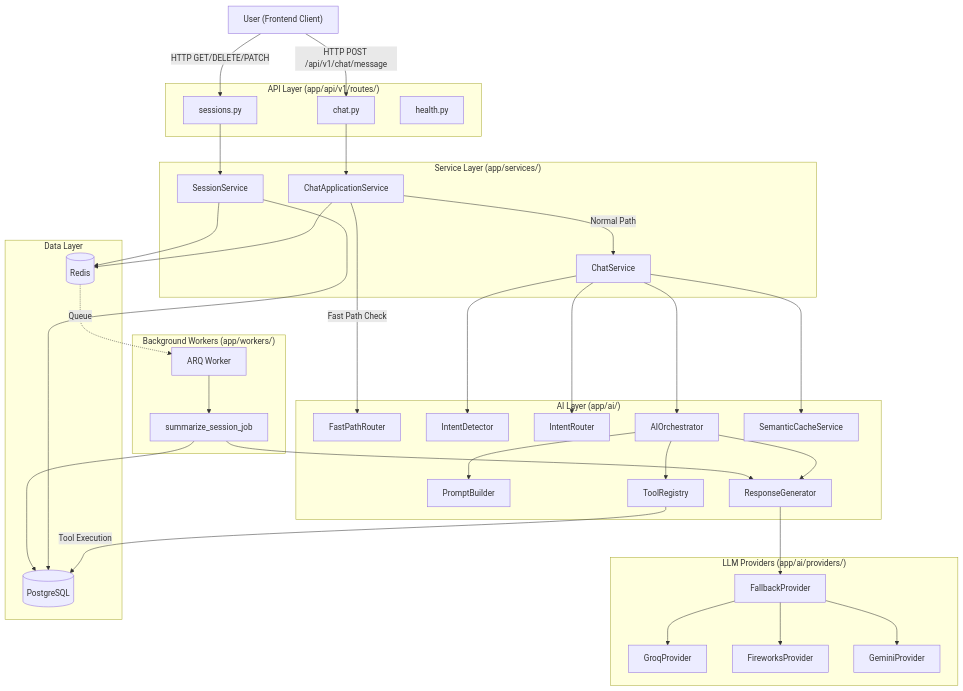
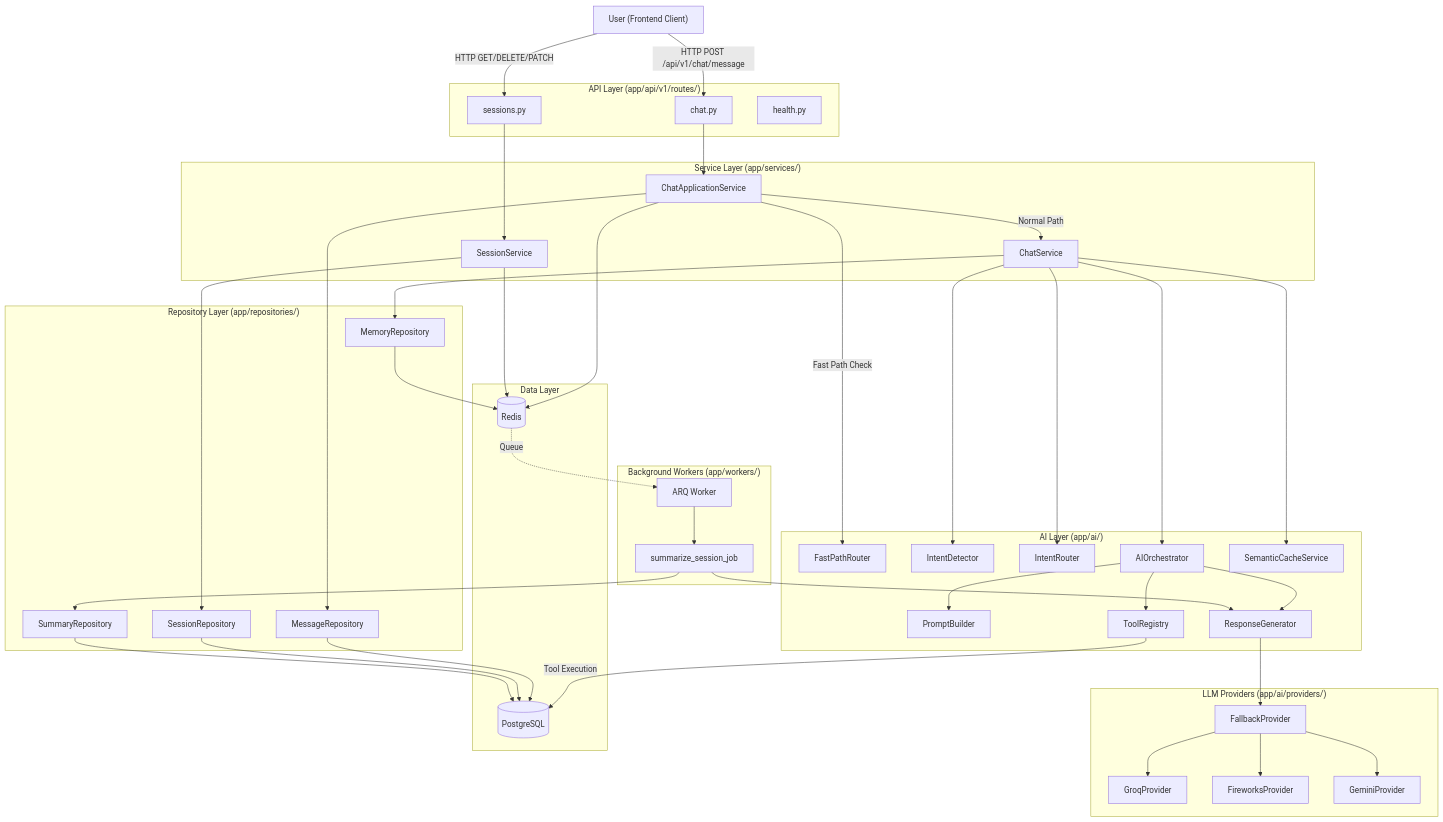
The third of 9 diagrams in docs/Documentation.md (Mahmoud-Elqalini/TeGy-chatbot), drawn with Mermaid before and after one commit. The commit also changed other lines of this file, not shown here.

````diff
--- a/docs/Documentation.md
+++ b/docs/Documentation.md
@@ -148,6 +148,13 @@
         RG["ResponseGenerator"]
         TR["ToolRegistry"]
         SC["SemanticCacheService"]
+    end
+    
+    subgraph Repository_Layer["Repository Layer (app/repositories/)"]
+        MR["MessageRepository"]
+        SessR["SessionRepository"]
+        SumR["SummaryRepository"]
+        MemR["MemoryRepository"]
     end
 
     subgraph Provider_Layer["LLM Providers (app/ai/providers/)"]
@@ -185,11 +192,20 @@
     FP --> FW
     FP --> Gemini
     TR -->|"Tool Execution"| PG
+    
+    CAS --> MR
+    SS --> SessR
+    SumJob --> SumR
+    CS --> MemR
+    
+    MR --> PG
+    SessR --> PG
+    SumR --> PG
+    MemR --> Redis
+    
     CAS --> Redis
-    SS --> PG
     SS --> Redis
     ARQ --> SumJob
-    SumJob --> PG
     SumJob --> RG
     Redis -.->|"Queue"| ARQ
 ```
````
